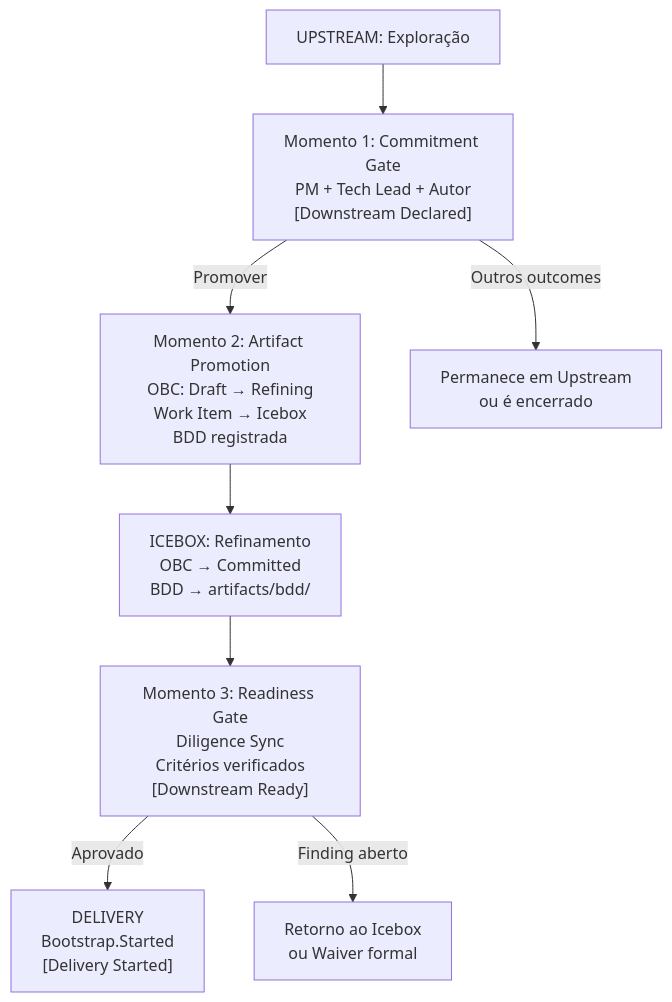
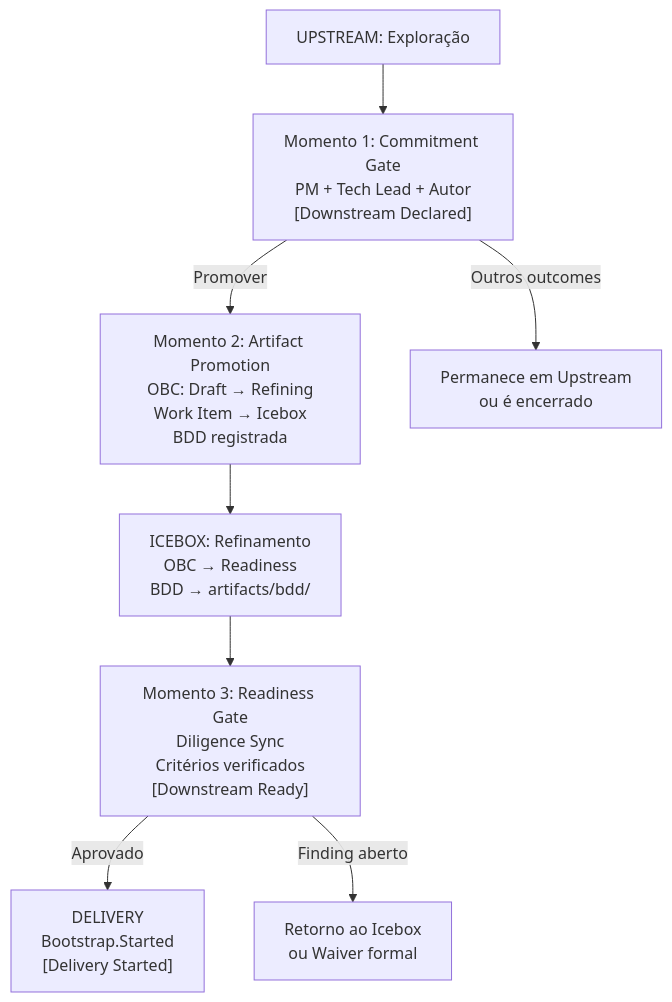
One commit to produtoreativo/from-intent-to-outcome changed the first of 2 diagrams in capitulo-06.md. Above: the diagram before and after it, drawn with Mermaid. The commit also changed other lines of this file and 12 other files, not shown here.

First line of the commit message:
refactor: renomeia estado OBC Committed → Readiness em PT e EN

````diff
--- a/capitulo-06.md
+++ b/capitulo-06.md
@@ -21,15 +21,15 @@
 ```mermaid
 graph TD
     UP["UPSTREAM: Exploração"] --> M1
 
     M1["Momento 1: Commitment Gate\nPM + Tech Lead + Autor\n[Downstream Declared]"]
     M1 -->|"Promover"| M2
     M1 -->|"Outros outcomes"| UP2["Permanece em Upstream\nou é encerrado"]
 
     M2["Momento 2: Artifact Promotion\nOBC: Draft → Refining\nWork Item → Icebox\nBDD registrada"]
-    M2 --> ICE["ICEBOX: Refinamento\nOBC → Committed\nBDD → artifacts/bdd/"]
+    M2 --> ICE["ICEBOX: Refinamento\nOBC → Readiness\nBDD → artifacts/bdd/"]
 
     ICE --> M3["Momento 3: Readiness Gate\nDiligence Sync\nCritérios verificados\n[Downstream Ready]"]
     M3 -->|"Aprovado"| DEL["DELIVERY\nBootstrap.Started\n[Delivery Started]"]
     M3 -->|"Finding aberto"| BLOCK["Retorno ao Icebox\nou Waiver formal"]
 ```
````
